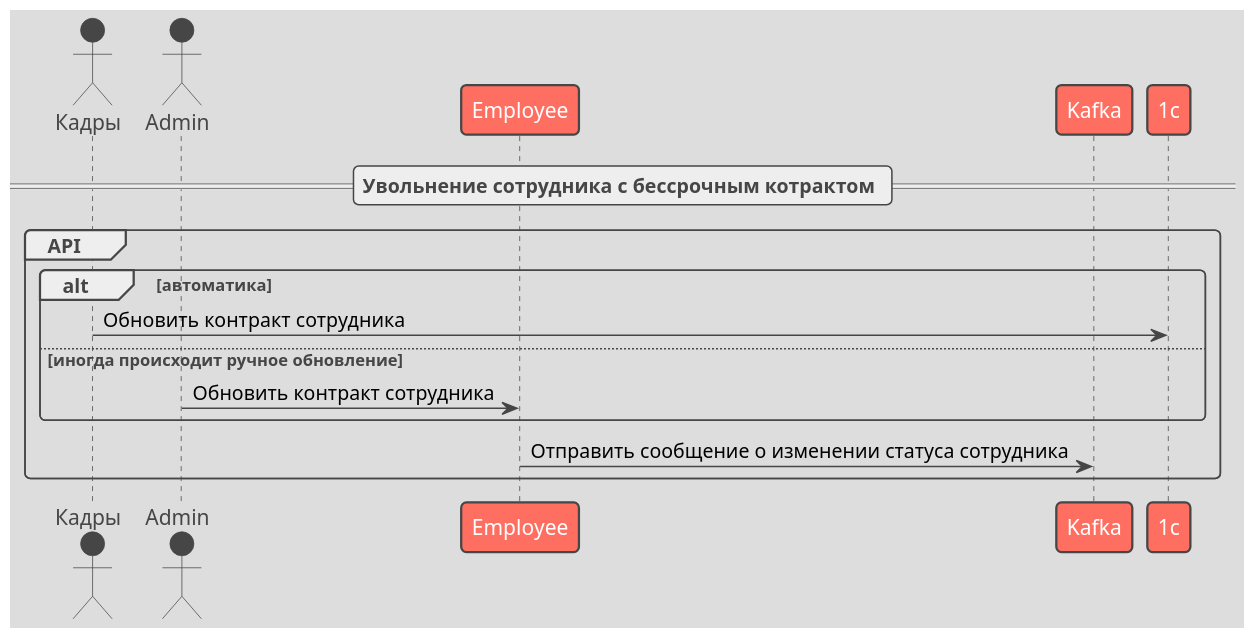
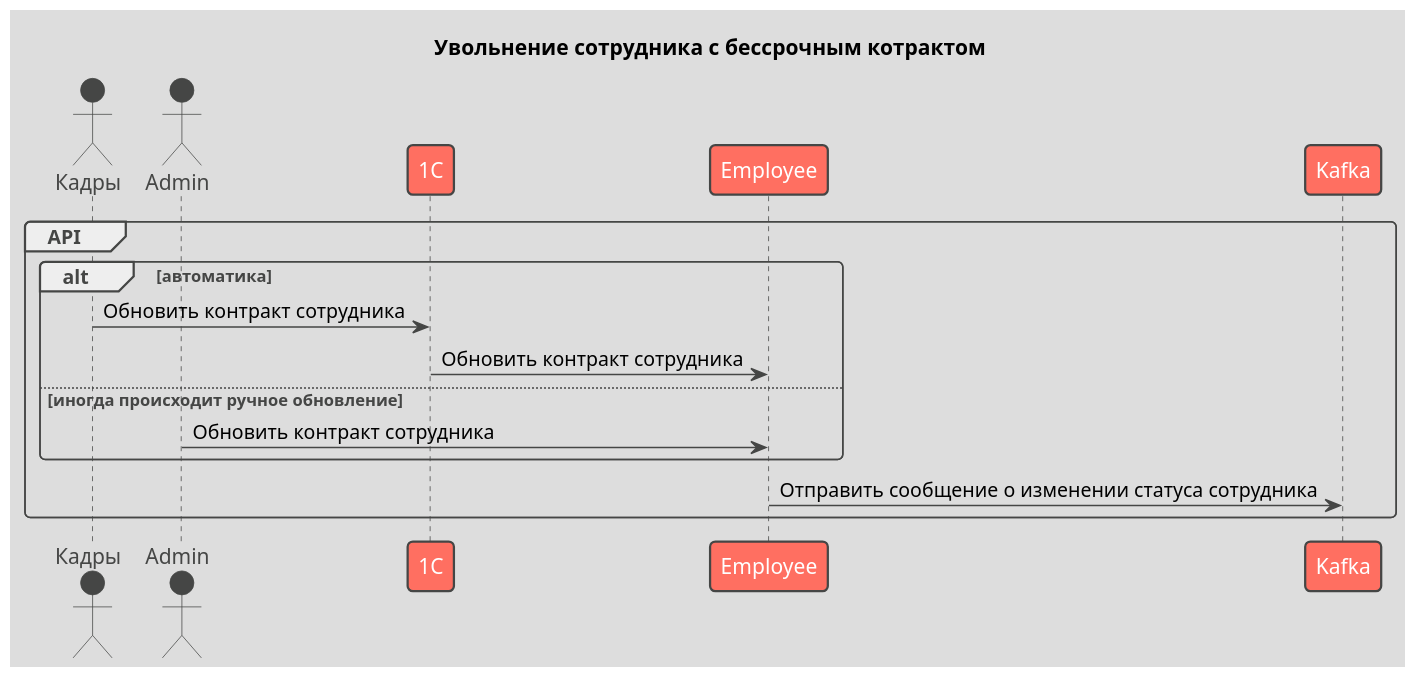
Before and after one commit to mshogin/archops: the diagram in samples/adr/flow-overview.puml, drawn with PlantUML.

Commit message:
ADR example

```diff
--- a/samples/adr/flow-overview.puml
+++ b/samples/adr/flow-overview.puml
@@ -1,22 +1,24 @@
 @startuml
 !theme toy
 scale 1.5
 
 actor "Кадры" as kadry
 actor "Admin" as admin
+participant "1C" as 1c
 participant "Employee" as hr
 participant "Kafka" as kafka
 
-== Увольнение сотрудника с бессрочным котрактом ==
+title Увольнение сотрудника с бессрочным котрактом
 group  API
         alt автоматика
                 kadry -> 1c: Обновить контракт сотрудника
+                1c -> hr: Обновить контракт сотрудника
         else иногда происходит ручное обновление
                 admin -> hr: Обновить контракт сотрудника
         end
 
         hr -> kafka: Отправить сообщение о изменении статуса сотрудника
 end
 
 
 @enduml
```
